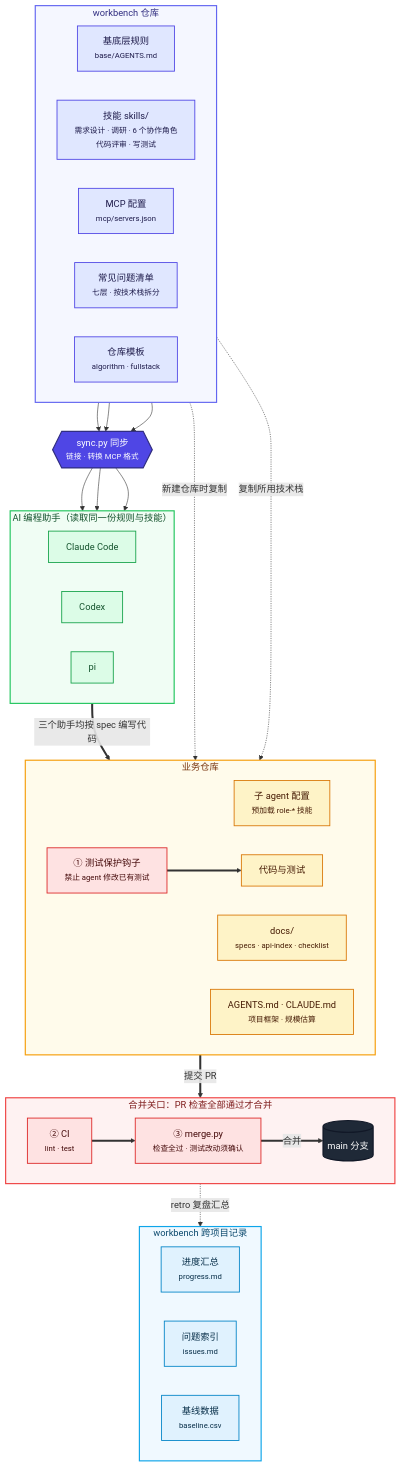
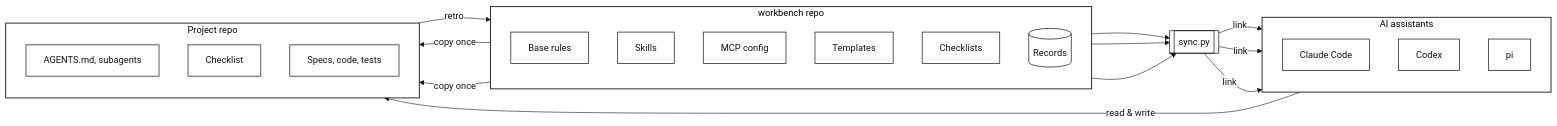
One commit to yinchi-34/workbench changed the first of 2 diagrams in README.md. Above: the diagram before and after it, drawn with Mermaid. The commit also changed other lines of this file, not shown here.

Commit message:
README 架构一节改为架构图与流程图
原图拆为两张黑白图：架构图展示组件与连接（文件为方框、脚本为双边框、存储为圆柱），流程图展示每个功能的步骤与判断（终端框、处理框、判断菱形，不通过时返回）。只使用 Mermaid 10 也支持的写法，已用 10.9 与 12.3 渲染确认；删除图下说明。开头加入语言切换链接；目录结构补上 retro 技能，更正 fullstack 模板说明。

Claude-Session: https://claude.ai/code/session_017X4mjKxHpPHAWZ9hjMSdzn

````diff
--- a/README.md
+++ b/README.md
@@ -9,76 +13,41 @@
 ```mermaid
-flowchart TB
-    subgraph WB["workbench 仓库"]
-        direction LR
-        base["基底层规则<br/><small>base/AGENTS.md</small>"]
-        skills["技能 skills/<br/><small>需求设计 · 调研 · 6 个协作角色<br/>代码评审 · 写测试</small>"]
-        mcp["MCP 配置<br/><small>mcp/servers.json</small>"]
-        lists["常见问题清单<br/><small>七层 · 按技术栈拆分</small>"]
-        tpl["仓库模板<br/><small>algorithm · fullstack</small>"]
+%%{init: {"theme": "base", "themeVariables": {"primaryColor": "#ffffff", "primaryBorderColor": "#111111", "primaryTextColor": "#111111", "lineColor": "#111111", "clusterBkg": "#ffffff", "clusterBorder": "#111111", "edgeLabelBackground": "#ffffff", "fontFamily": "Helvetica, Arial, sans-serif"}}}%%
+flowchart LR
+    subgraph WB["workbench repo"]
+        direction TB
+        rules["Base rules"]
+        skills["Skills"]
+        mcp["MCP config"]
+        tpl["Templates"]
+        lists["Checklists"]
+        rec[("Records")]
     end
 
-    sync{{"sync.py 同步<br/><small>链接 · 转换 MCP 格式</small>"}}
+    sync[["sync.py"]]
 
-    subgraph TOOLS["AI 编程助手（读取同一份规则与技能）"]
-        direction LR
+    subgraph AS["AI assistants"]
+        direction TB
         cc["Claude Code"]
         codex["Codex"]
         pi["pi"]
     end
 
-    subgraph BIZ["业务仓库"]
-        direction LR
-        agents["子 agent 配置<br/><small>预加载 role-* 技能</small>"]
-        hook["① 测试保护钩子<br/><small>禁止 agent 修改已有测试</small>"]
-        code["代码与测试"]
-        docs["docs/<br/><small>specs · api-index · checklist</small>"]
-        rules["AGENTS.md · CLAUDE.md<br/><small>项目框架 · 规模估算</small>"]
+    subgraph PRJ["Project repo"]
+        direction TB
+        cfg["AGENTS.md, subagents"]
+        chk["Checklist"]
+        src["Specs, code, tests"]
     end
 
-    subgraph GATE["合并关口：PR 检查全部通过才合并"]
-        direction LR
-        ci["② CI<br/><small>lint · test</small>"]
-        merge["③ merge.py<br/><small>检查全过 · 测试改动须确认</small>"]
-        main[("main 分支")]
-    end
+    rules & skills & mcp --> sync
+    sync -- "link" --> cc & codex & pi
+    tpl -- "copy once" --> cfg
+    lists -- "copy once" --> chk
+    codex -- "read & write" --> src
+    src -- "retro" --> rec
 
-    subgraph REC["workbench 跨项目记录"]
-        direction LR
-        progress["进度汇总<br/><small>progress.md</small>"]
-        issues["问题索引<br/><small>issues.md</small>"]
-        baseline["基线数据<br/><small>baseline.csv</small>"]
-    end
-
-    base & skills & mcp --> sync
-    sync --> cc & codex & pi
-    tpl -. "新建仓库时复制" .-> rules
-    lists -. "复制所用技术栈" .-> docs
-    codex == "三个助手均按 spec 编写代码" ==> hook
-    hook ==> code
-    code == "提交 PR" ==> ci
-    ci ==> merge
-    merge == "合并" ==> main
-    main -. "retro 复盘汇总" .-> REC
-
-    classDef wb fill:#e0e7ff,stroke:#4f46e5,stroke-width:1.5px,color:#1e1b4b
-    classDef tool fill:#dcfce7,stroke:#16a34a,stroke-width:1.5px,color:#14532d
-    classDef biz fill:#fef3c7,stroke:#d97706,stroke-width:1.5px,color:#451a03
-    classDef gate fill:#fee2e2,stroke:#dc2626,stroke-width:1.5px,color:#450a0a
-    classDef hub fill:#4f46e5,stroke:#312e81,stroke-width:2px,color:#ffffff
-    classDef rec fill:#e0f2fe,stroke:#0284c7,stroke-width:1.5px,color:#082f49
-    classDef sink fill:#1f2937,stroke:#111827,stroke-width:2px,color:#ffffff
-
-    class base,skills,mcp,lists,tpl wb
-    class cc,codex,pi tool
-    class rules,docs,agents,code biz
-    class hook,ci,merge gate
-    class sync hub
-    class main sink
-    class progress,issues,baseline rec
-
-    style WB fill:#f5f7ff,stroke:#6366f1,stroke-width:2px,color:#312e81
-    style TOOLS fill:#f0fdf4,stroke:#22c55e,stroke-width:2px,color:#14532d
-    style BIZ fill:#fffbeb,stroke:#f59e0b,stroke-width:2px,color:#78350f
-    style REC fill:#f0f9ff,stroke:#0ea5e9,stroke-width:2px,color:#0c4a6e
-    style GATE fill:#fef2f2,stroke:#ef4444,stroke-width:2px,color:#7f1d1d
+    classDef default fill:#ffffff,stroke:#111111,stroke-width:1.2px,color:#111111
+    style WB fill:#ffffff,stroke:#111111,stroke-width:1.5px
+    style AS fill:#ffffff,stroke:#111111,stroke-width:1.5px
+    style PRJ fill:#ffffff,stroke:#111111,stroke-width:1.5px
 ```
````
